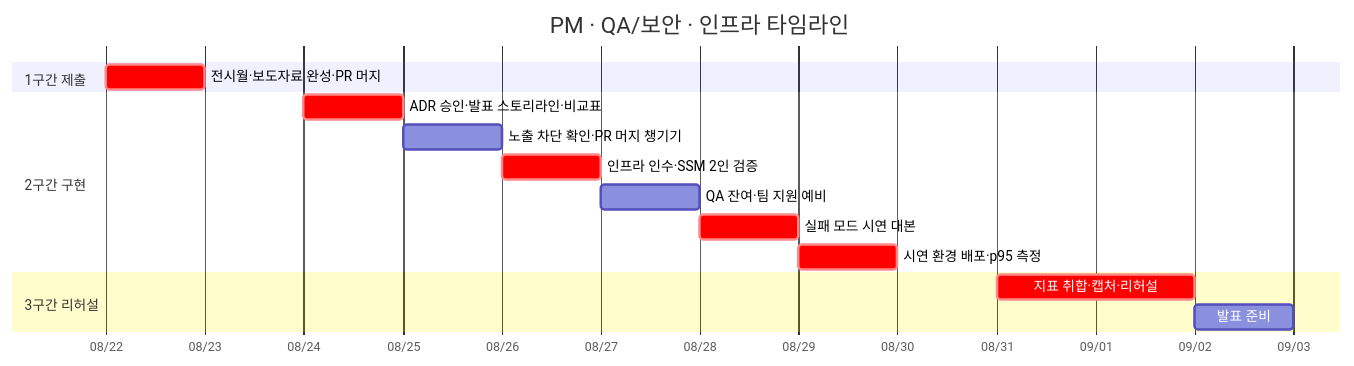
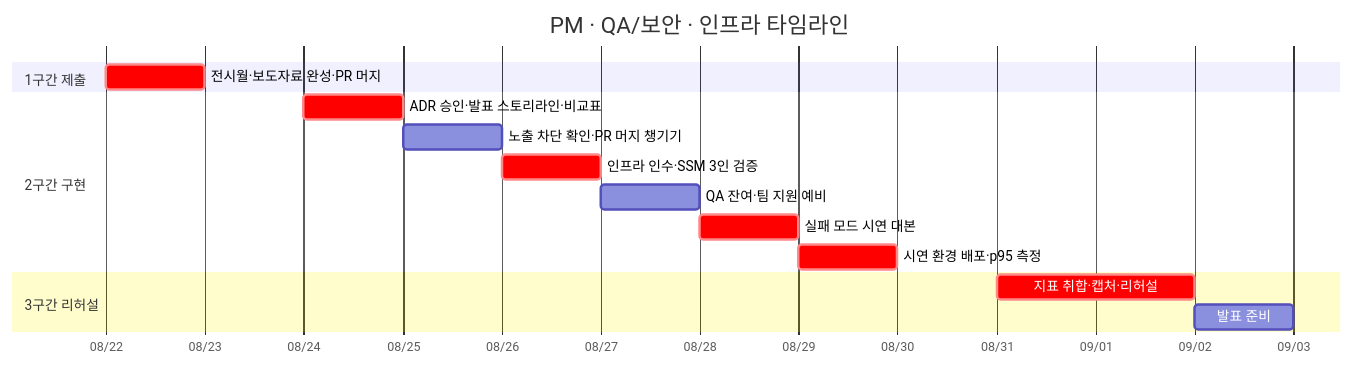
Before and after one commit to team-savers/savers-project: the diagram in docs/역할_일정/01-기획총괄.md, drawn with Mermaid. The commit also changed other lines of this file and 8 other files, not shown here.

````diff
--- a/docs/역할_일정/01-기획총괄.md
+++ b/docs/역할_일정/01-기획총괄.md
@@ -20,18 +20,18 @@
 ```mermaid
 gantt
     title PM · QA/보안 · 인프라 타임라인
     dateFormat YYYY-MM-DD
     axisFormat %m/%d
     section 1구간 제출
     전시월·보도자료 완성·PR 머지   :crit, 2026-08-22, 1d
     section 2구간 구현
     ADR 승인·발표 스토리라인·비교표 :crit, 2026-08-24, 1d
     노출 차단 확인·PR 머지 챙기기  :2026-08-25, 1d
-    인프라 인수·SSM 2인 검증      :crit, 2026-08-26, 1d
+    인프라 인수·SSM 3인 검증      :crit, 2026-08-26, 1d
     QA 잔여·팀 지원 예비          :2026-08-27, 1d
     실패 모드 시연 대본           :crit, 2026-08-28, 1d
     시연 환경 배포·p95 측정       :crit, 2026-08-29, 1d
     section 3구간 리허설
     지표 취합·캡처·리허설         :crit, 2026-08-31, 2d
     발표 준비                    :2026-09-02, 1d
 ```
````
